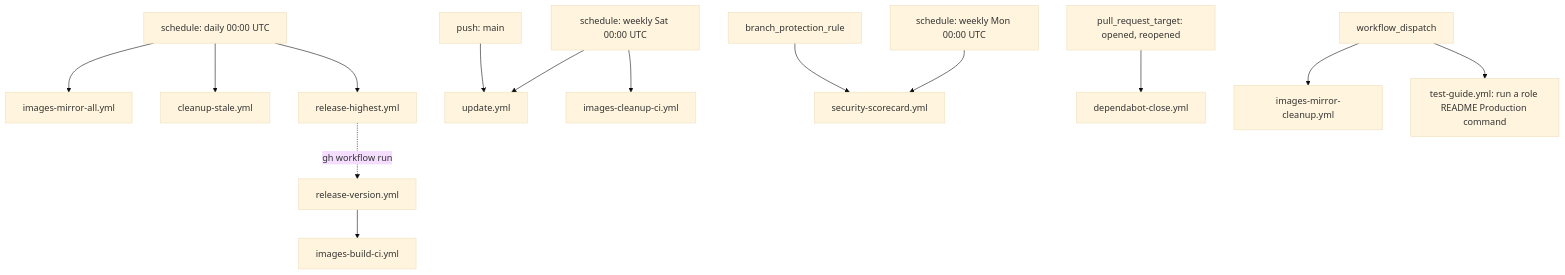
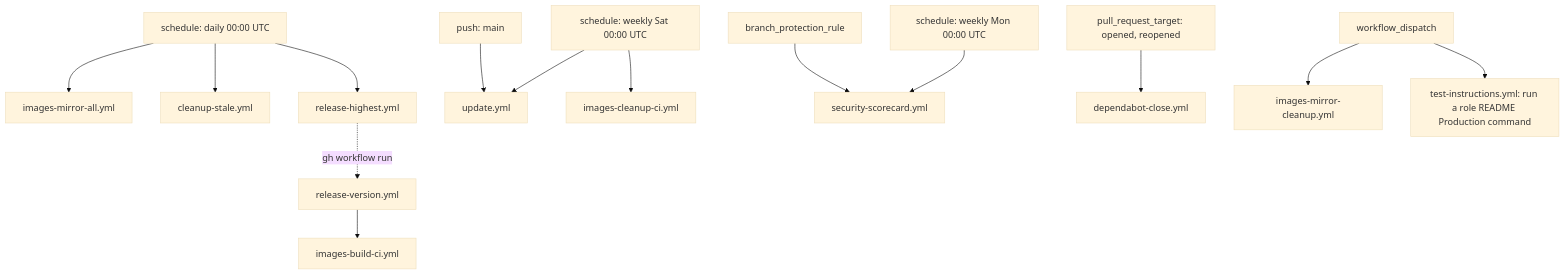
Before and after one commit to AlejandroRomanIbanez/infinito-nexus: the third of 3 diagrams in .github/workflows/README.md, drawn with Mermaid (base theme). The commit also changed other lines of this file and 13 other files, not shown here.

````diff
--- a/.github/workflows/README.md
+++ b/.github/workflows/README.md
@@ -97,17 +97,17 @@
 ```mermaid
 flowchart TB
     daily["schedule: daily 00:00 UTC"] --> mirrorall["images-mirror-all.yml"]
     daily --> stale["cleanup-stale.yml"]
     daily --> relhighest["release-highest.yml"]
     weekly["schedule: weekly Sat 00:00 UTC"] --> updatewf["update.yml"]
     weekly --> cleanupci["images-cleanup-ci.yml"]
     weeklymon["schedule: weekly Mon 00:00 UTC"] --> scorecard["security-scorecard.yml"]
     branchprot["branch_protection_rule"] --> scorecard
     pushmain["push: main"] --> updatewf
     prtarget["pull_request_target: opened, reopened"] --> depclose["dependabot-close.yml"]
 
     relhighest -.->|"gh workflow run"| relver["release-version.yml"]
     relver --> imgbuildci["images-build-ci.yml"]
     manual["workflow_dispatch"] --> mirrorcleanup["images-mirror-cleanup.yml"]
-    manual --> deploywf["test-guide.yml: run a role README Production command"]
+    manual --> deploywf["test-instructions.yml: run a role README Production command"]
 ```
````
